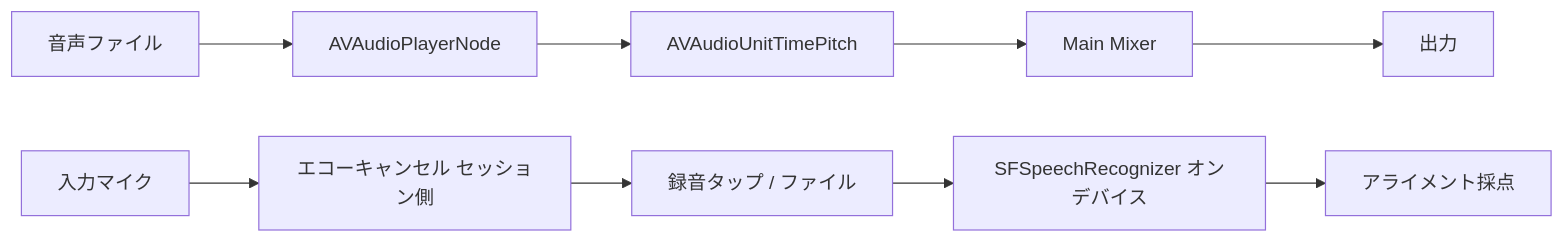
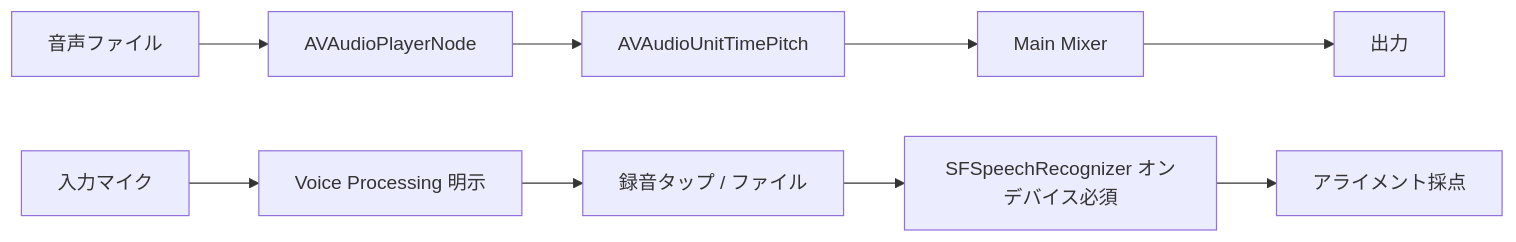
The fourth of 8 diagrams in docs/architecture.md (Kyogo73/SnapSpeak), drawn with Mermaid before and after one commit. The commit also changed other lines of this file and 3 other files, not shown here.

````diff
--- a/docs/architecture.md
+++ b/docs/architecture.md
@@ -212,16 +252,16 @@
 ```mermaid
 flowchart LR
-  File[音声ファイル]
-  Player[AVAudioPlayerNode]
-  Pitch[AVAudioUnitTimePitch]
-  Mixer[Main Mixer]
-  Out[出力]
-  Mic[入力マイク]
-  AEC[エコーキャンセル セッション側]
-  Rec[録音タップ / ファイル]
-  ASR[SFSpeechRecognizer オンデバイス]
-  Align[アライメント採点]
+  File["音声ファイル"]
+  Player["AVAudioPlayerNode"]
+  Pitch["AVAudioUnitTimePitch"]
+  Mixer["Main Mixer"]
+  Out["出力"]
+  Mic["入力マイク"]
+  VP["Voice Processing 明示"]
+  Rec["録音タップ / ファイル"]
+  ASR["SFSpeechRecognizer オンデバイス必須"]
+  Align["アライメント採点"]
 
   File --> Player --> Pitch --> Mixer --> Out
-  Mic --> AEC --> Rec --> ASR --> Align
+  Mic --> VP --> Rec --> ASR --> Align
 ```
````
